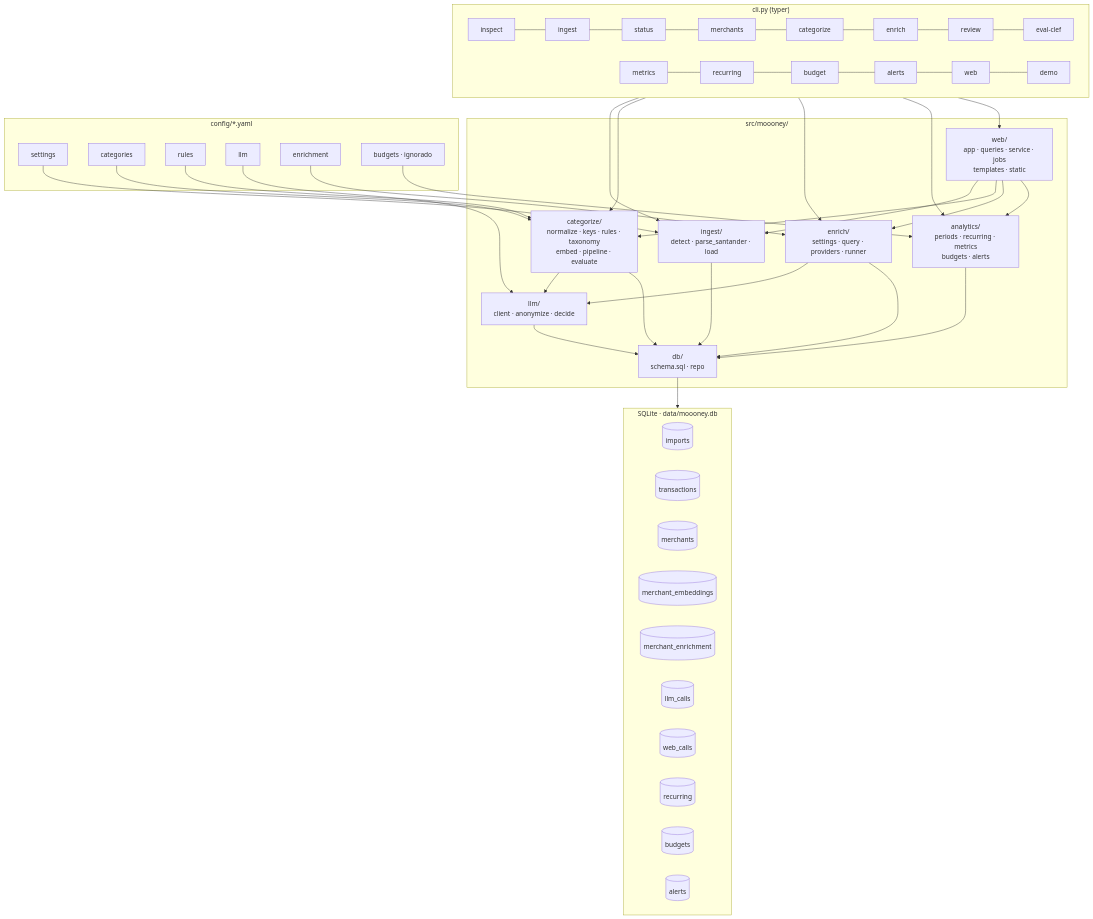
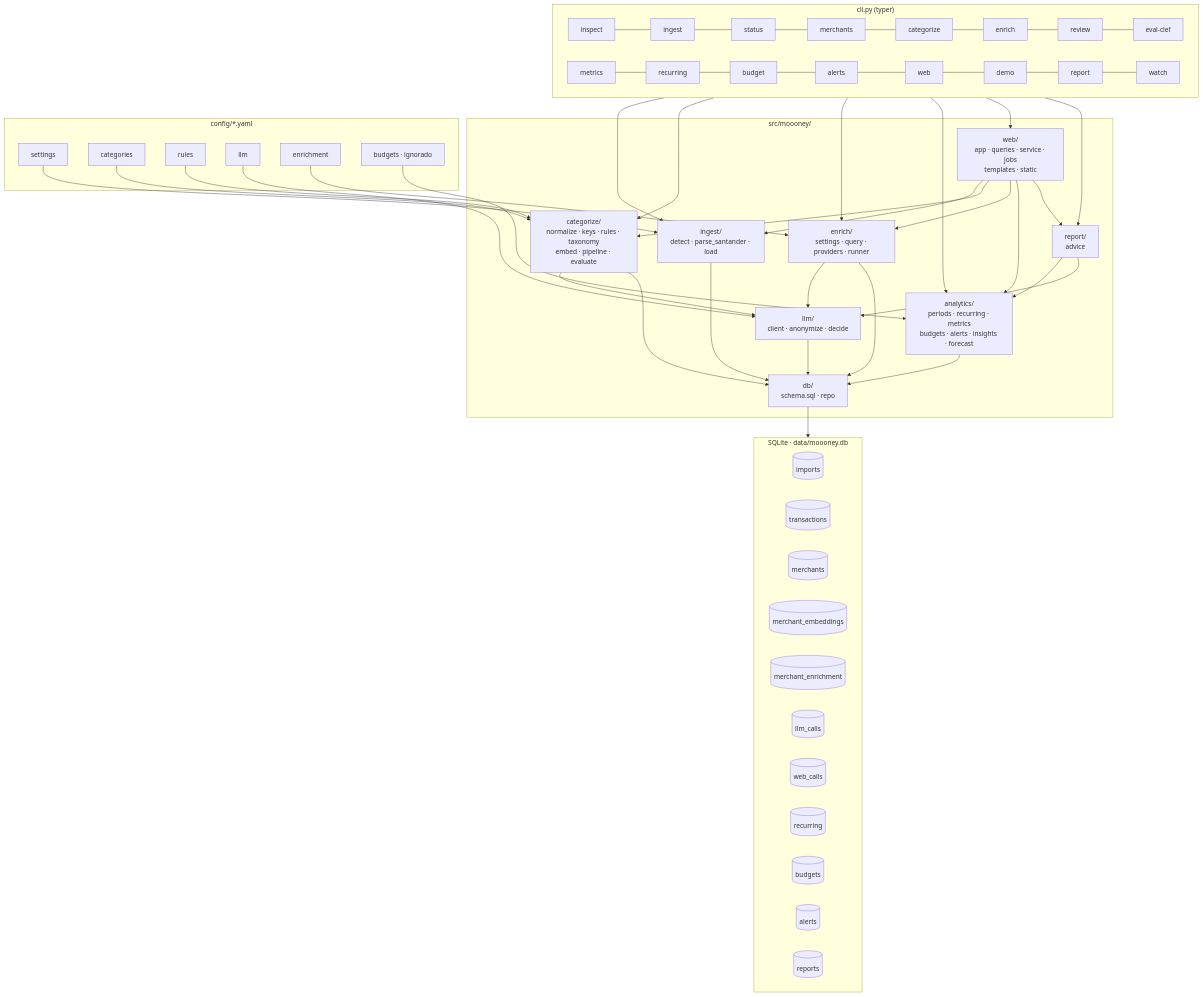
One commit to scavero/moooney changed the fourth of 4 diagrams in docs/ARQUITECTURA.md. Above: the diagram before and after it, drawn with Mermaid. The commit also changed other lines of this file and 24 other files, not shown here.

````diff
--- a/docs/ARQUITECTURA.md
+++ b/docs/ARQUITECTURA.md
@@ -156,52 +160,55 @@
 ```mermaid
 flowchart TB
     subgraph cli["cli.py (typer)"]
         C1[inspect] --- C2[ingest] --- C3[status] --- C4[merchants] --- C5[categorize] --- C6[enrich] --- C7[review] --- C8[eval-clef]
-        C9[metrics] --- C10[recurring] --- C11[budget] --- C12[alerts] --- C13[web] --- C14[demo]
+        C9[metrics] --- C10[recurring] --- C11[budget] --- C12[alerts] --- C13[web] --- C14[demo] --- C15[report] --- C16[watch]
     end
 
     subgraph src["src/moooney/"]
         ING["ingest/<br/>detect · parse_santander · load"]
         CAT["categorize/<br/>normalize · keys · rules · taxonomy<br/>embed · pipeline · evaluate"]
         ENRM["enrich/<br/>settings · query · providers · runner"]
-        ANA["analytics/<br/>periods · recurring · metrics<br/>budgets · alerts"]
+        ANA["analytics/<br/>periods · recurring · metrics<br/>budgets · alerts · insights · forecast"]
+        REP["report/<br/>advice"]
         WEB["web/<br/>app · queries · service · jobs<br/>templates · static"]
         LLM["llm/<br/>client · anonymize · decide"]
         DBM["db/<br/>schema.sql · repo"]
     end
 
     subgraph tablas["SQLite · data/moooney.db"]
         T1[(imports)]
         T2[(transactions)]
         T3[(merchants)]
         T4[(merchant_embeddings)]
         T5[(merchant_enrichment)]
         T6[(llm_calls)]
         T7[(web_calls)]
         T8[(recurring)]
         T9[(budgets)]
         T10[(alerts)]
+        T11[(reports)]
     end
 
     subgraph cfg["config/*.yaml"]
         Y1[settings]
         Y2[categories]
         Y3[rules]
         Y4[llm]
         Y5[enrichment]
         Y6[budgets · ignorado]
     end
 
-    cli --> ING & CAT & ENRM & ANA & WEB
-    WEB --> ING & CAT & ENRM & ANA
+    cli --> ING & CAT & ENRM & ANA & WEB & REP
+    WEB --> ING & CAT & ENRM & ANA & REP
+    REP --> ANA & LLM
     CAT --> LLM
     ENRM --> LLM
     ING & CAT & ENRM & ANA & LLM --> DBM --> tablas
     Y1 --> ING
     Y2 & Y3 --> CAT
     Y4 --> LLM
     Y5 --> ENRM
     Y6 --> ANA
 
     classDef todo fill:#eee,stroke:#999,color:#666,stroke-dasharray: 4 3
 ```
````
